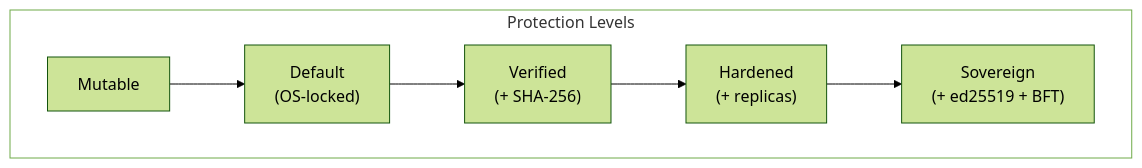
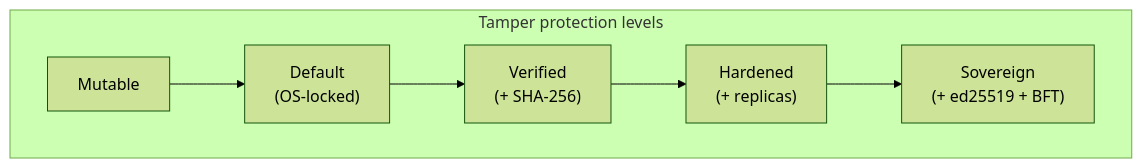
Before and after one commit to fabio-rovai/tardygrada: the second of 3 diagrams in README.md, drawn with Mermaid (forest theme). The commit also changed other lines of this file and 20 other files, not shown here.

````diff
--- a/README.md
+++ b/README.md
@@ -225,12 +160,10 @@
 ```mermaid
 graph LR
-    subgraph Trust["Protection Levels"]
+    subgraph Trust["Tamper protection levels"]
         direction LR
         MUT["Mutable"] --> DEF["Default<br>(OS-locked)"]
         DEF --> VER["Verified<br>(+ SHA-256)"]
         VER --> HARD["Hardened<br>(+ replicas)"]
         HARD --> SOV["Sovereign<br>(+ ed25519 + BFT)"]
     end
-
-    style Trust fill:transparent
 ```
````
